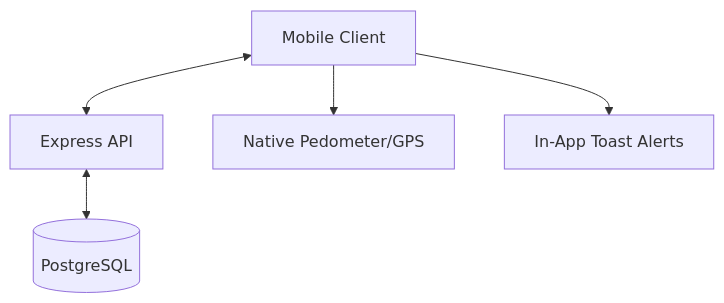
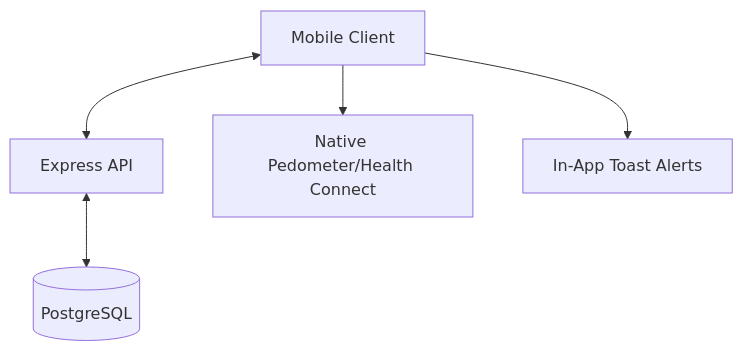
The diagram in DESIGN.md (TomFirth/ChallengeFit), drawn with Mermaid before and after one commit. The commit also changed other lines of this file and 5 other files, not shown here.

````diff
--- a/DESIGN.md
+++ b/DESIGN.md
@@ -19,7 +19,7 @@
 ```mermaid
 graph TD
     Client[Mobile Client] <--> API[Express API]
     API <--> DB[(PostgreSQL)]
-    Client --> Sensors[Native Pedometer/GPS]
+    Client --> Sensors[Native Pedometer/Health Connect]
     Client --> LocalAlerts[In-App Toast Alerts]
 ```
````
